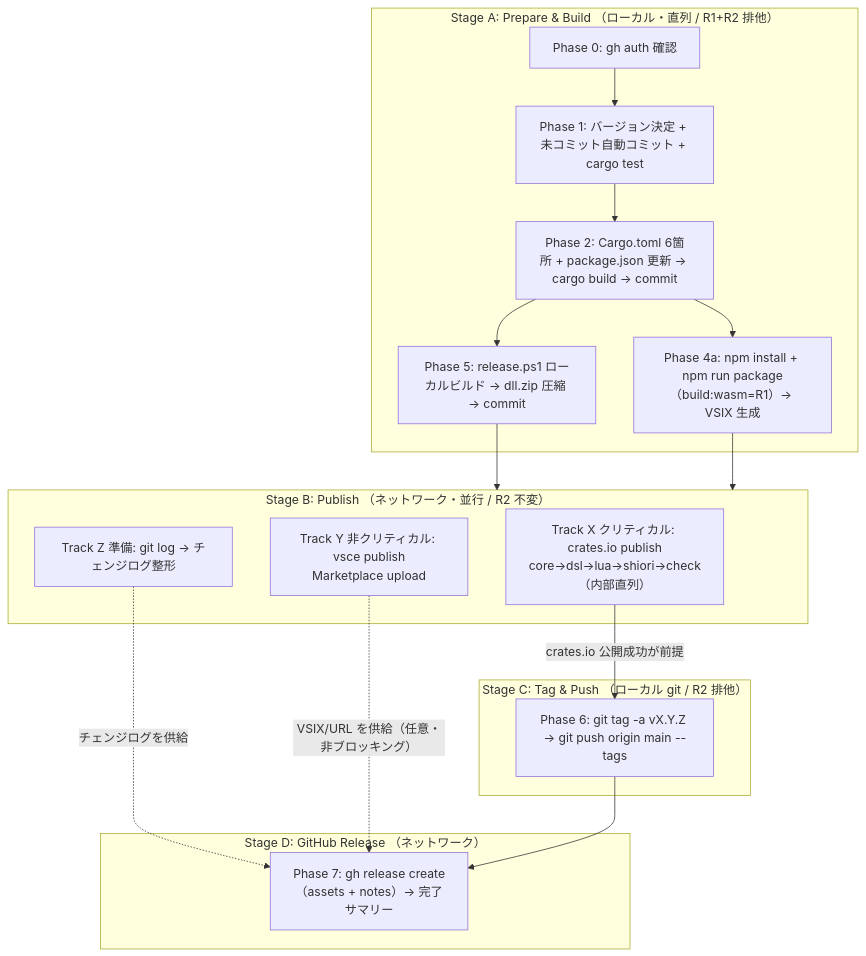
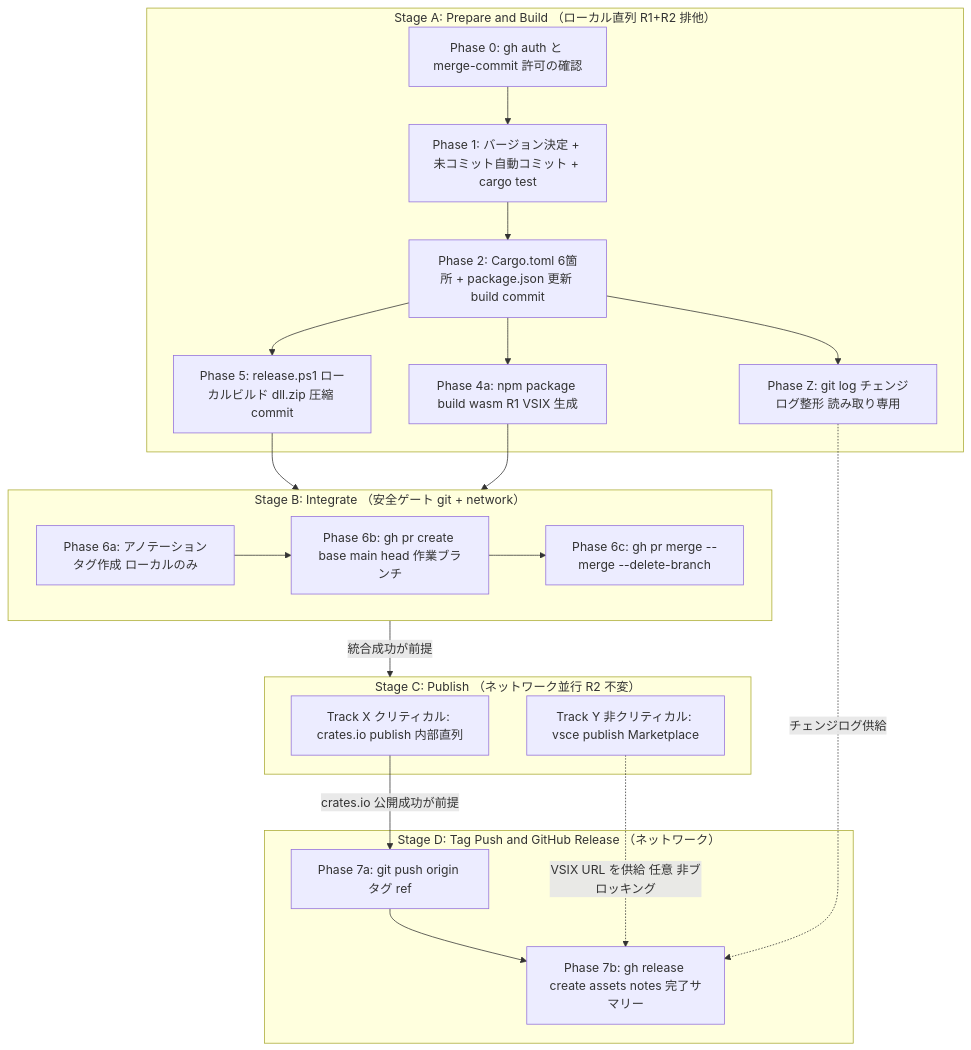
One commit to ekicyou/pasta changed the first of 3 diagrams in .kiro/specs/release-workflow/design.md. Above: the diagram before and after it, drawn with Mermaid. The commit also changed other lines of this file and 6 other files, not shown here.

First line of the commit message:
feat(release-workflow): worktree execution + PR-merge integration with completion guarantee (Req10/11)

````diff
--- a/.kiro/specs/release-workflow/design.md
+++ b/.kiro/specs/release-workflow/design.md
@@ -110,34 +122,40 @@
 ```mermaid
 graph TB
-    subgraph StageA ["Stage A: Prepare & Build （ローカル・直列 / R1+R2 排他）"]
-        A0[Phase 0: gh auth 確認]
+    subgraph StageA ["Stage A: Prepare and Build （ローカル直列 R1+R2 排他）"]
+        A0[Phase 0: gh auth と merge-commit 許可の確認]
         A1[Phase 1: バージョン決定 + 未コミット自動コミット + cargo test]
-        A2[Phase 2: Cargo.toml 6箇所 + package.json 更新 → cargo build → commit]
-        A3[Phase 5: release.ps1 ローカルビルド → dll.zip 圧縮 → commit]
-        A4[Phase 4a: npm install + npm run package（build:wasm=R1）→ VSIX 生成]
+        A2[Phase 2: Cargo.toml 6箇所 + package.json 更新 build commit]
+        A3[Phase 5: release.ps1 ローカルビルド dll.zip 圧縮 commit]
+        A4[Phase 4a: npm package build wasm R1 VSIX 生成]
+        AZ[Phase Z: git log チェンジログ整形 読み取り専用]
         A0 --> A1 --> A2
         A2 --> A3
         A2 --> A4
+        A2 --> AZ
     end
 
-    subgraph StageB ["Stage B: Publish （ネットワーク・並行 / R2 不変）"]
-        BX[Track X クリティカル: crates.io publish<br/>core→dsl→lua→shiori→check（内部直列）]
-        BY[Track Y 非クリティカル: vsce publish<br/>Marketplace upload]
-        BZ[Track Z 準備: git log → チェンジログ整形]
+    subgraph StageB ["Stage B: Integrate （安全ゲート git + network）"]
+        B1[Phase 6a: アノテーションタグ作成 ローカルのみ]
+        B2[Phase 6b: gh pr create base main head 作業ブランチ]
+        B3[Phase 6c: gh pr merge --merge --delete-branch]
+        B1 --> B2 --> B3
     end
 
-    subgraph StageC ["Stage C: Tag & Push （ローカル git / R2 排他）"]
-        C1[Phase 6: git tag -a vX.Y.Z → git push origin main --tags]
+    subgraph StageC ["Stage C: Publish （ネットワーク並行 R2 不変）"]
+        CX[Track X クリティカル: crates.io publish 内部直列]
+        CY[Track Y 非クリティカル: vsce publish Marketplace]
     end
 
-    subgraph StageD ["Stage D: GitHub Release （ネットワーク）"]
-        D1[Phase 7: gh release create（assets + notes）→ 完了サマリー]
+    subgraph StageD ["Stage D: Tag Push and GitHub Release （ネットワーク）"]
+        D0[Phase 7a: git push origin タグ ref]
+        D1[Phase 7b: gh release create assets notes 完了サマリー]
+        D0 --> D1
     end
 
     A3 --> StageB
     A4 --> StageB
-    BX -->|crates.io 公開成功が前提| C1
-    BZ -.->|チェンジログを供給| D1
-    BY -.->|VSIX/URL を供給（任意・非ブロッキング）| D1
-    C1 --> D1
+    AZ -.->|チェンジログ供給| D1
+    StageB -->|統合成功が前提| StageC
+    CX -->|crates.io 公開成功が前提| D0
+    CY -.->|VSIX URL を供給 任意 非ブロッキング| D1
 ```
````
